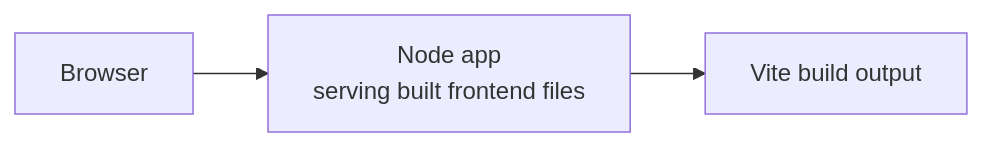
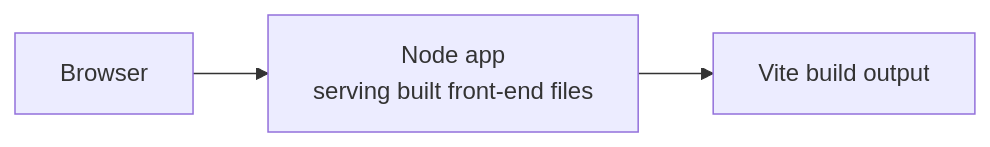
Before and after one commit to microsoft/aspire.dev: the first of 3 diagrams in src/frontend/src/content/docs/deployment/javascript-apps.mdx, drawn with Mermaid. The commit also changed other lines of this file and 34 other files, not shown here.

````diff
--- a/src/frontend/src/content/docs/deployment/javascript-apps.mdx
+++ b/src/frontend/src/content/docs/deployment/javascript-apps.mdx
@@ -76,5 +76,5 @@
 ```mermaid
 flowchart LR
-    Browser --> App["Node app<br/>serving built frontend files"]
+    Browser --> App["Node app<br/>serving built front-end files"]
     App --> Frontend["Vite build output"]
 ```
````
